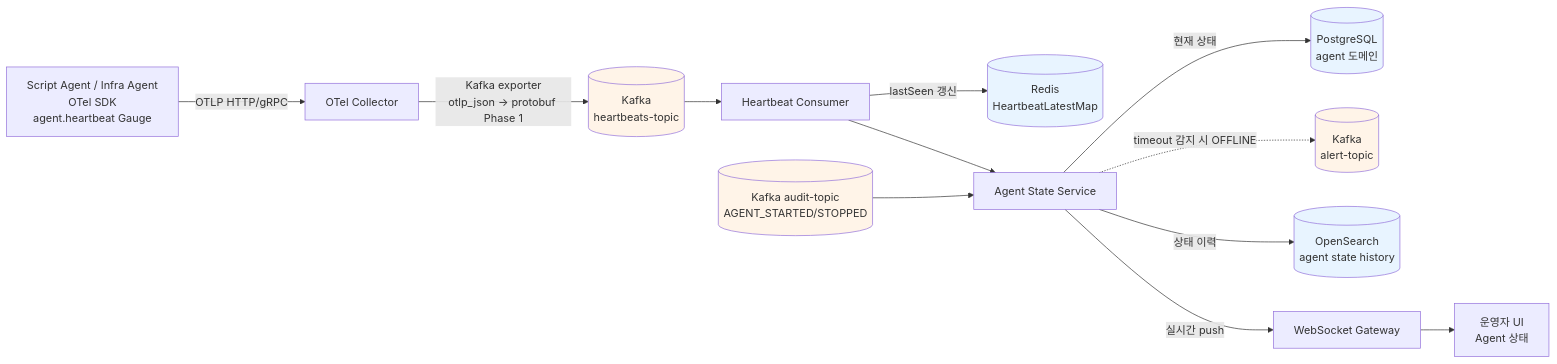
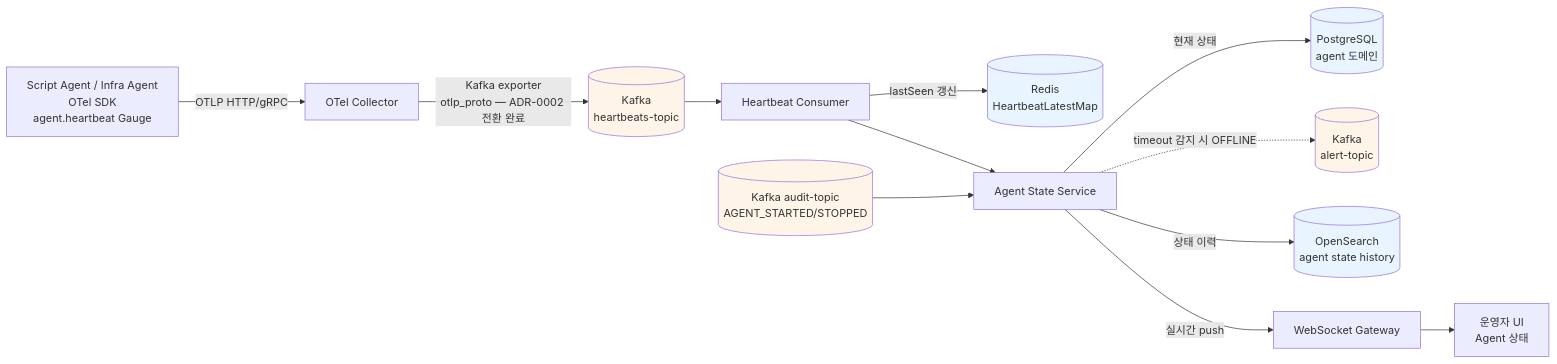
The eighth of 20 diagrams in docs/통합본_v0_9.md (nebydu/monitoring-meta), drawn with Mermaid before and after one commit. The commit also changed other lines of this file and 8 other files, not shown here.

````diff
--- a/docs/통합본_v0_9.md
+++ b/docs/통합본_v0_9.md
@@ -1576,25 +1577,25 @@
 ```mermaid
 flowchart LR
     SA[Script Agent / Infra Agent<br/>OTel SDK<br/>agent.heartbeat Gauge] -->|OTLP HTTP/gRPC| OC[OTel Collector]
-    OC -->|Kafka exporter<br/>otlp_json → protobuf Phase 1| HB[(Kafka<br/>heartbeats-topic)]
+    OC -->|Kafka exporter<br/>otlp_proto — ADR-0002 전환 완료| HB[(Kafka<br/>heartbeats-topic)]
 
     HB --> HC[Heartbeat Consumer]
     HC -->|lastSeen 갱신| RC[(Redis<br/>HeartbeatLatestMap)]
     HC --> AGS[Agent State Service]
 
     AUD[(Kafka audit-topic<br/>AGENT_STARTED/STOPPED)] --> AGS
 
     AGS -->|현재 상태| PGA[(PostgreSQL<br/>agent 도메인)]
     AGS -.timeout 감지 시 OFFLINE.-> AT[(Kafka<br/>alert-topic)]
     AGS -->|상태 이력| OSA[(OpenSearch<br/>agent state history)]
 
     AGS -->|실시간 push| WS[WebSocket Gateway]
     WS --> UI[운영자 UI<br/>Agent 상태]
 
     style RC fill:#e8f4ff
     style PGA fill:#e8f4ff
     style OSA fill:#e8f4ff
     style HB fill:#fff4e8
     style AT fill:#fff4e8
     style AUD fill:#fff4e8
 ```
````
